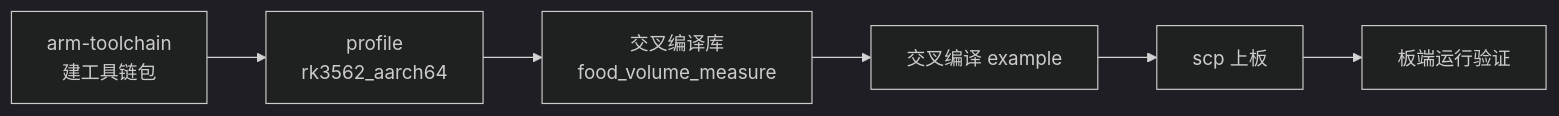
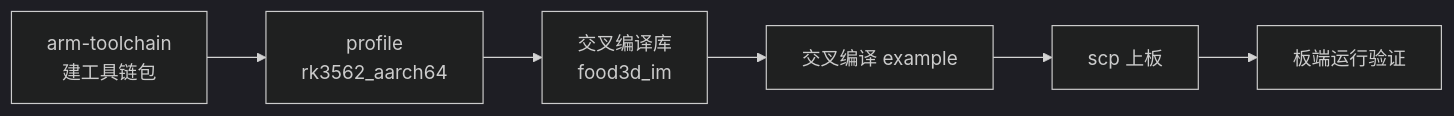
One commit to weimin77/food3d_im_test changed the diagram in example/cross-compile-rk3562.md. Above: the diagram before and after it, drawn with Mermaid (dark theme). The commit also changed other lines of this file and 8 other files, not shown here.

````diff
--- a/example/cross-compile-rk3562.md
+++ b/example/cross-compile-rk3562.md
@@ -20,8 +20,8 @@
 ```mermaid
 graph LR
     A[arm-toolchain<br/>建工具链包] --> B[profile<br/>rk3562_aarch64]
-    B --> C[交叉编译库<br/>food_volume_measure]
+    B --> C[交叉编译库<br/>food3d_im]
     C --> D[交叉编译 example]
     D --> E[scp 上板]
     E --> F[板端运行验证]
 ```
````
